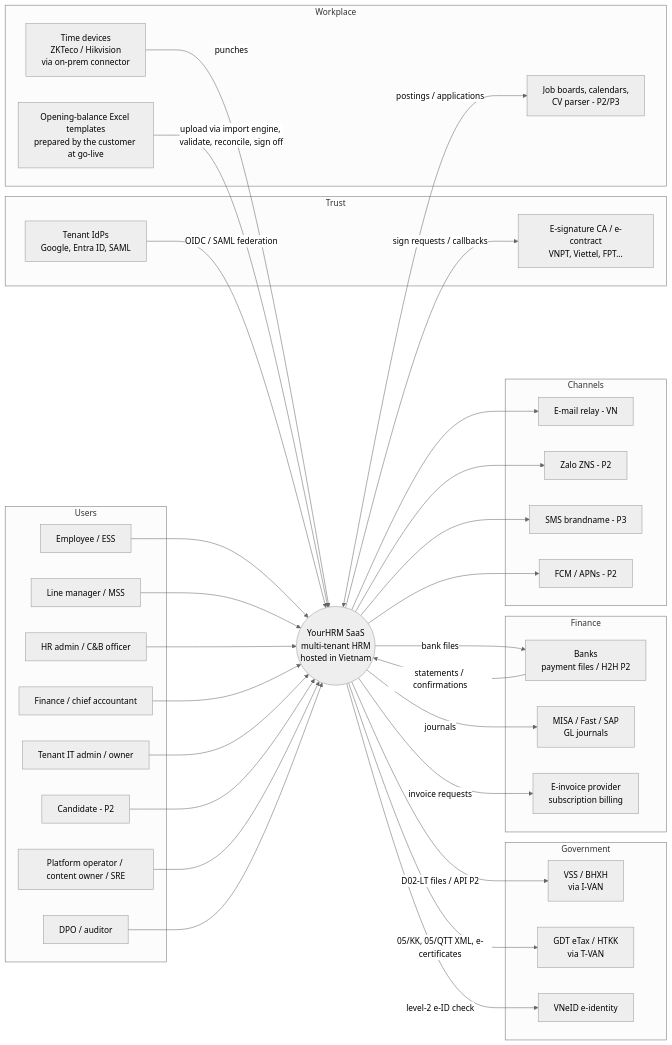
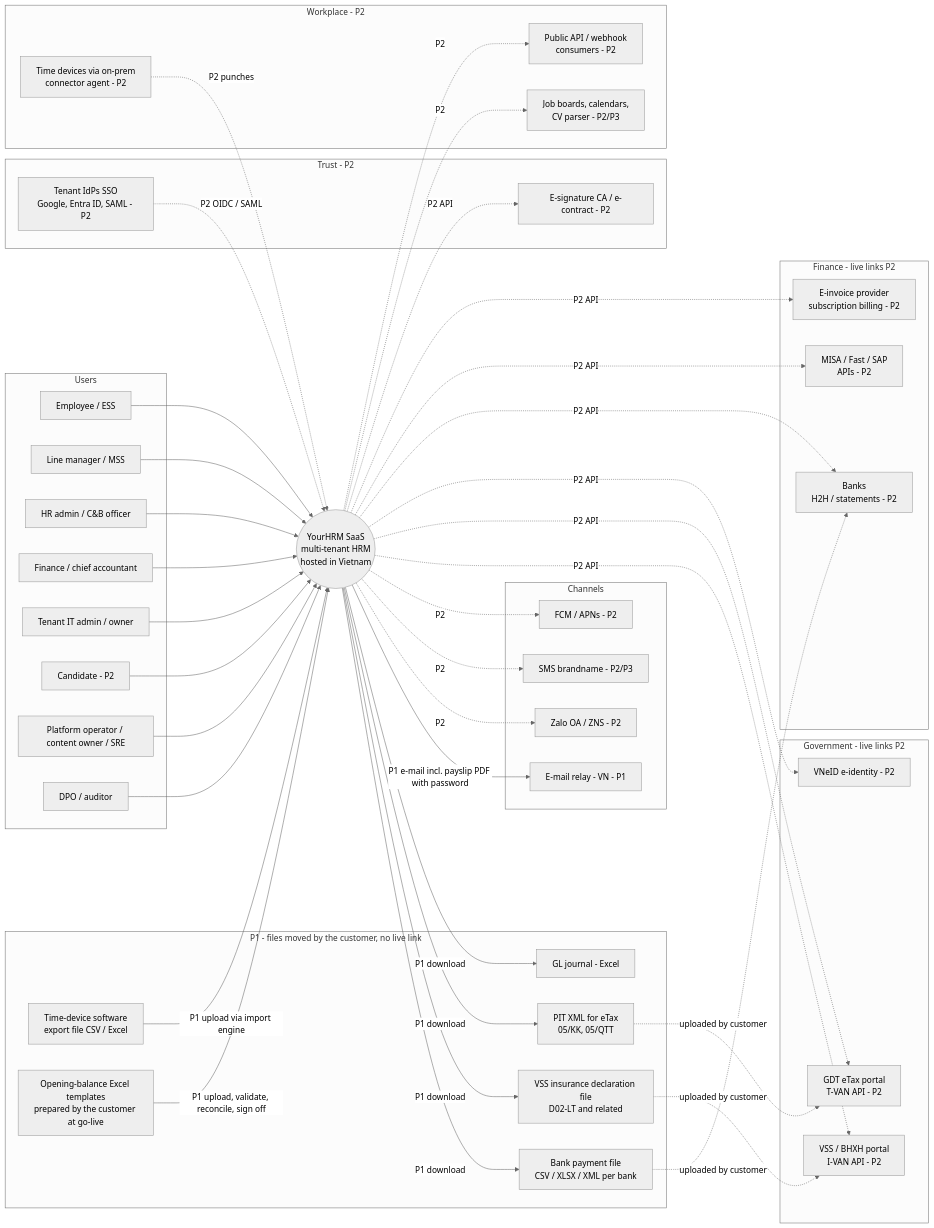
The first of 12 diagrams in docs/02-architecture/architecture-overview.md (triluu-gms/YourHRM), drawn with Mermaid (neutral theme) before and after one commit. The commit also changed other lines of this file and 30 other files, not shown here.

First line of the commit message:
Apply round 2 decisions across BRDs, gap analysis and architecture

````diff
--- a/docs/02-architecture/architecture-overview.md
+++ b/docs/02-architecture/architecture-overview.md
@@ -93,57 +98,64 @@
 ```mermaid
 flowchart LR
   subgraph Users
     EMP[Employee / ESS]
     MGR[Line manager / MSS]
     HRA[HR admin / C&B officer]
     FIN[Finance / chief accountant]
     TIT[Tenant IT admin / owner]
     CAN[Candidate - P2]
     OPS[Platform operator / content owner / SRE]
     DPO[DPO / auditor]
   end
 
   HRM((YourHRM SaaS<br/>multi-tenant HRM<br/>hosted in Vietnam))
 
   EMP & MGR & HRA & FIN & TIT & CAN & OPS & DPO --> HRM
 
-  subgraph Government
-    VSS[VSS / BHXH<br/>via I-VAN]
-    ETAX[GDT eTax / HTKK<br/>via T-VAN]
-    VNEID[VNeID e-identity]
-  end
-  subgraph Finance
-    BANK[Banks<br/>payment files / H2H P2]
-    ACC[MISA / Fast / SAP<br/>GL journals]
-    EINV[E-invoice provider<br/>subscription billing]
-  end
-  subgraph Trust
-    ESIGN[E-signature CA / e-contract<br/>VNPT, Viettel, FPT...]
-    IDP[Tenant IdPs<br/>Google, Entra ID, SAML]
+  subgraph Files[P1 - files moved by the customer, no live link]
+    BFILE[Bank payment file<br/>CSV / XLSX / XML per bank]
+    VFILE[VSS insurance declaration file<br/>D02-LT and related]
+    TFILE[PIT XML for eTax<br/>05/KK, 05/QTT]
+    GFILE[GL journal - Excel]
+    DFILE[Time-device software<br/>export file CSV / Excel]
+    OBT[Opening-balance Excel templates<br/>prepared by the customer at go-live]
   end
   subgraph Channels
-    MAIL[E-mail relay - VN]
-    ZALO[Zalo ZNS - P2]
-    SMS[SMS brandname - P3]
+    MAIL[E-mail relay - VN - P1]
+    ZALO[Zalo OA / ZNS - P2]
+    SMS[SMS brandname - P2/P3]
     PUSH[FCM / APNs - P2]
   end
-  subgraph Workplace
-    DEV[Time devices<br/>ZKTeco / Hikvision<br/>via on-prem connector]
+  subgraph Government[Government - live links P2]
+    VSS[VSS / BHXH portal<br/>I-VAN API - P2]
+    ETAX[GDT eTax portal<br/>T-VAN API - P2]
+    VNEID[VNeID e-identity - P2]
+  end
+  subgraph Finance[Finance - live links P2]
+    BANK[Banks<br/>H2H / statements - P2]
+    ACC[MISA / Fast / SAP<br/>APIs - P2]
+    EINV[E-invoice provider<br/>subscription billing - P2]
+  end
+  subgraph Trust[Trust - P2]
+    ESIGN[E-signature CA / e-contract - P2]
+    IDP[Tenant IdPs SSO<br/>Google, Entra ID, SAML - P2]
+  end
+  subgraph Workplace[Workplace - P2]
+    DEV[Time devices via on-prem<br/>connector agent - P2]
     JOB[Job boards, calendars,<br/>CV parser - P2/P3]
-    OBT[Opening-balance Excel templates<br/>prepared by the customer at go-live]
+    WHK[Public API / webhook<br/>consumers - P2]
   end
 
-  HRM -- D02-LT files / API P2 --> VSS
-  HRM -- 05/KK, 05/QTT XML, e-certificates --> ETAX
-  HRM -- level-2 e-ID check --> VNEID
-  HRM -- bank files --> BANK
-  BANK -- statements / confirmations --> HRM
-  HRM -- journals --> ACC
-  HRM -- invoice requests --> EINV
-  HRM -- sign requests / callbacks --> ESIGN
-  IDP -- OIDC / SAML federation --> HRM
-  HRM --> MAIL & ZALO & SMS & PUSH
-  DEV -- punches --> HRM
-  HRM <-- postings / applications --> JOB
-  OBT -- upload via import engine, validate, reconcile, sign off --> HRM
+  HRM -- P1 download --> BFILE & VFILE & TFILE & GFILE
+  BFILE -. uploaded by customer .-> BANK
+  VFILE -. uploaded by customer .-> VSS
+  TFILE -. uploaded by customer .-> ETAX
+  DFILE -- P1 upload via import engine --> HRM
+  OBT -- P1 upload, validate, reconcile, sign off --> HRM
+  HRM -- P1 e-mail incl. payslip PDF with password --> MAIL
+  HRM -. P2 .-> ZALO & SMS & PUSH
+  HRM -. P2 API .-> VSS & ETAX & VNEID & BANK & ACC & EINV & ESIGN
+  IDP -. P2 OIDC / SAML .-> HRM
+  DEV -. P2 punches .-> HRM
+  HRM -. P2 .-> JOB & WHK
 ```
````
